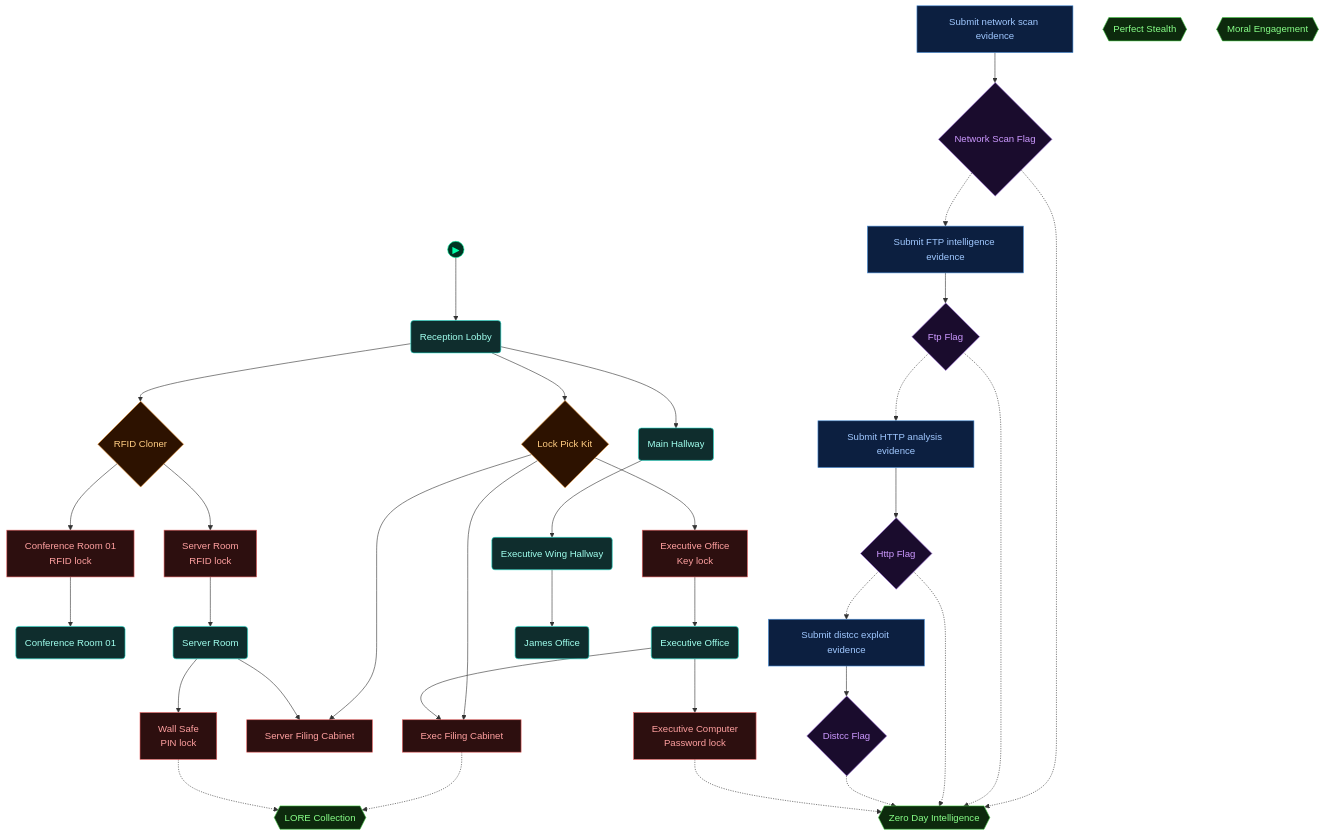
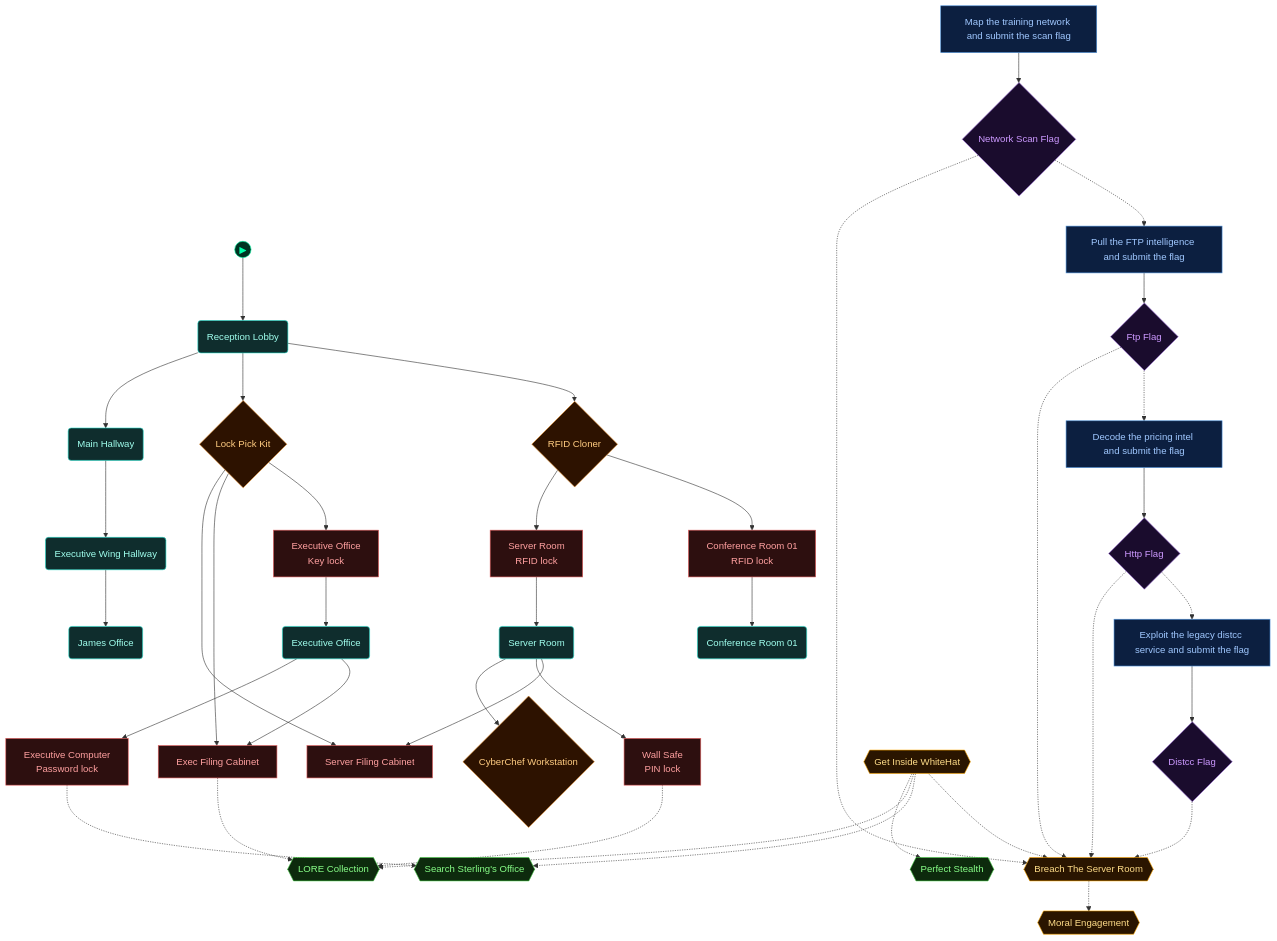
Before and after one commit to cliffe/BreakEscapeGame: the third of 5 diagrams in scenarios/m03_ghost_in_the_machine/dungeon_graph.md, drawn with Mermaid. The commit also changed other lines of this file and 20 other files, not shown here.

````diff
--- a/scenarios/m03_ghost_in_the_machine/dungeon_graph.md
+++ b/scenarios/m03_ghost_in_the_machine/dungeon_graph.md
@@ -195,19 +205,22 @@
   lock_exec_filing_cabinet["Exec Filing Cabinet"]
   lock_server_filing_cabinet["Server Filing Cabinet"]
   lock_wall_safe_server["Wall Safe<br/>PIN lock"]
+  cyberchef_workstation{"CyberChef Workstation"}
   lock_victoria_computer["Executive Computer<br/>Password lock"]
-  vmch_submit_network_scan_flag["Submit network scan evidence"]
+  vmch_submit_network_scan_flag["Map the training network and submit the scan flag"]
   vmfl_submit_network_scan_flag{"Network Scan Flag"}
-  vmch_submit_ftp_flag["Submit FTP intelligence evidence"]
+  vmch_submit_ftp_flag["Pull the FTP intelligence and submit the flag"]
   vmfl_submit_ftp_flag{"Ftp Flag"}
-  vmch_submit_http_flag["Submit HTTP analysis evidence"]
+  vmch_submit_http_flag["Decode the pricing intel and submit the flag"]
   vmfl_submit_http_flag{"Http Flag"}
-  vmch_submit_distcc_flag["Submit distcc exploit evidence"]
+  vmch_submit_distcc_flag["Exploit the legacy distcc service and submit the flag"]
   vmfl_submit_distcc_flag{"Distcc Flag"}
   main_hallway("Main Hallway")
   executive_wing_hallway("Executive Wing Hallway")
   james_office("James Office")
-  aim_main_mission{{"Zero Day Intelligence"}}
+  aim_act1_gain_access{{"Get Inside WhiteHat"}}
+  aim_act2_breach_server_room{{"Breach The Server Room"}}
+  aim_search_executive_office{{"Search Sterling's Office"}}
   aim_collect_lore{{"LORE Collection"}}
   aim_perfect_stealth{{"Perfect Stealth"}}
   aim_moral_choices{{"Moral Engagement"}}
@@ -224,6 +237,7 @@
   lock_pick_kit --> lock_server_filing_cabinet
   server_room --> lock_server_filing_cabinet
   server_room --> lock_wall_safe_server
+  server_room --> cyberchef_workstation
   executive_office --> lock_exec_filing_cabinet
   executive_office --> lock_victoria_computer
   vmch_submit_network_scan_flag --> vmfl_submit_network_scan_flag
@@ -236,19 +250,25 @@
   reception_lobby --> main_hallway
   main_hallway --> executive_wing_hallway
   executive_wing_hallway --> james_office
-  vmfl_submit_network_scan_flag -.-> aim_main_mission
-  vmfl_submit_ftp_flag -.-> aim_main_mission
-  vmfl_submit_http_flag -.-> aim_main_mission
-  vmfl_submit_distcc_flag -.-> aim_main_mission
-  lock_victoria_computer -.-> aim_main_mission
+  aim_act1_gain_access -.-> aim_act2_breach_server_room
+  aim_act1_gain_access -.-> aim_search_executive_office
+  aim_act1_gain_access -.-> aim_collect_lore
+  aim_act1_gain_access -.-> aim_perfect_stealth
+  aim_act2_breach_server_room -.-> aim_moral_choices
+  vmfl_submit_network_scan_flag -.-> aim_act2_breach_server_room
+  vmfl_submit_ftp_flag -.-> aim_act2_breach_server_room
+  vmfl_submit_http_flag -.-> aim_act2_breach_server_room
+  vmfl_submit_distcc_flag -.-> aim_act2_breach_server_room
+  lock_victoria_computer -.-> aim_search_executive_office
   lock_exec_filing_cabinet -.-> aim_collect_lore
   lock_wall_safe_server -.-> aim_collect_lore
 
   class door_conference_room_01,door_server_room,door_executive_office,lock_exec_filing_cabinet,lock_server_filing_cabinet,lock_wall_safe_server,lock_victoria_computer lock
   class conference_room_01,server_room,executive_office,reception_lobby,main_hallway,executive_wing_hallway,james_office room
-  class rfid_cloner,lock_pick_kit item
+  class rfid_cloner,lock_pick_kit,cyberchef_workstation item
   class vmch_submit_network_scan_flag,vmch_submit_ftp_flag,vmch_submit_http_flag,vmch_submit_distcc_flag vm
   class vmfl_submit_network_scan_flag,vmfl_submit_ftp_flag,vmfl_submit_http_flag,vmfl_submit_distcc_flag flag
-  class aim_main_mission,aim_collect_lore,aim_perfect_stealth,aim_moral_choices aim
+  class aim_act1_gain_access,aim_act2_breach_server_room,aim_moral_choices critical
+  class aim_search_executive_office,aim_collect_lore,aim_perfect_stealth aim
   class node_start start
 ```
````
